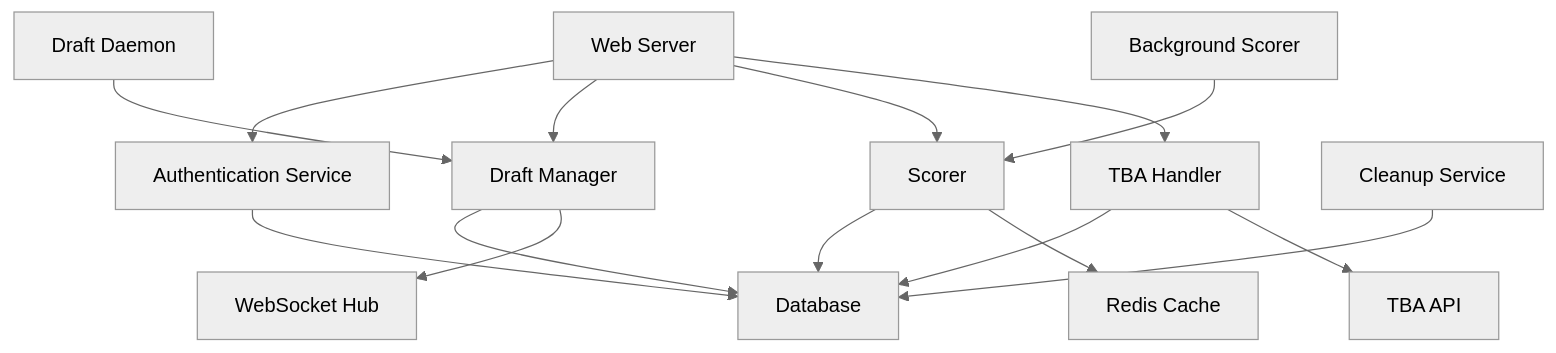
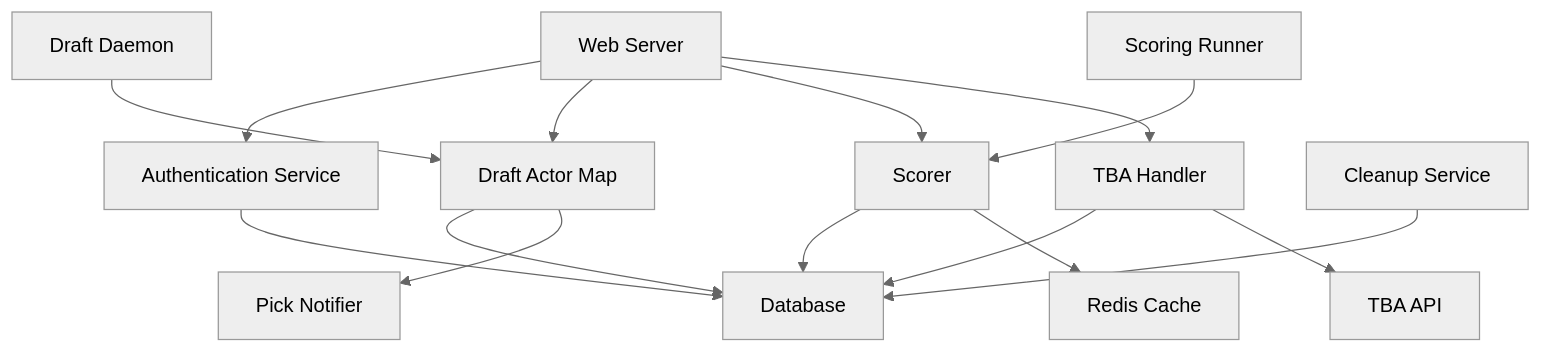
One commit to squirlemaster42/fantasy-frc-web changed the second of 3 diagrams in docs/architecture/component-interactions.md. Above: the diagram before and after it, drawn with Mermaid (neutral theme). The commit also changed other lines of this file and 28 other files, not shown here.

````diff
--- a/docs/architecture/component-interactions.md
+++ b/docs/architecture/component-interactions.md
@@ -47,19 +47,19 @@
 ```mermaid
 graph TD
     A[Web Server] --> B[Authentication Service]
-    A --> C[Draft Manager]
+    A --> C[Draft Actor Map]
     A --> D[Scorer]
     A --> E[TBA Handler]
-    
+
     B --> F[Database]
     C --> F
-    C --> G[WebSocket Hub]
+    C --> G[Pick Notifier]
     D --> F
     D --> H[Redis Cache]
     E --> F
     E --> I[TBA API]
-    
+
     J[Draft Daemon] --> C
-    K[Background Scorer] --> D
+    K[Scoring Runner] --> D
     L[Cleanup Service] --> F
 ```
````
